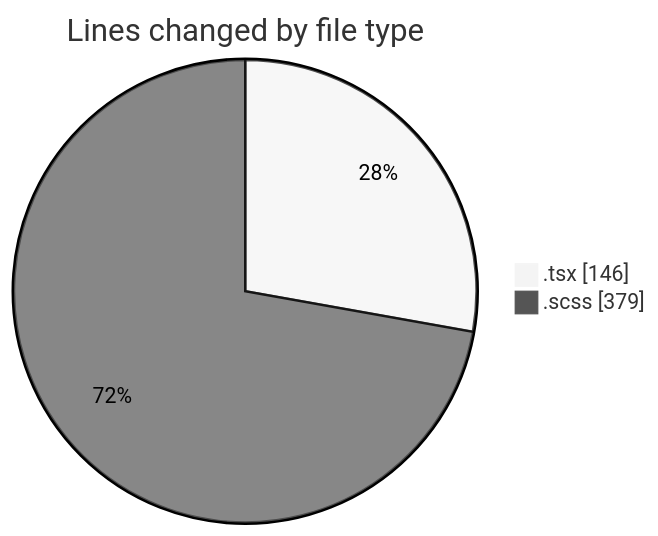
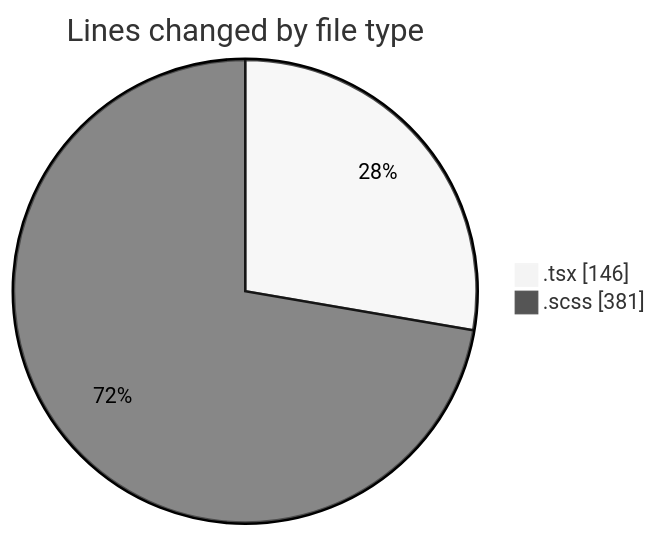
One commit to momahboobian/code-tracking changed the first of 2 diagrams in 2025-09-19/cda/README.md. Above: the diagram before and after it, drawn with Mermaid (neutral theme). The commit also changed other lines of this file and 1 other file, not shown here.

````diff
--- a/2025-09-19/cda/README.md
+++ b/2025-09-19/cda/README.md
@@ -21,6 +21,6 @@
 ```mermaid
 pie showData
 title Lines changed by file type
 ".tsx" : 146
-".scss" : 379
+".scss" : 381
 ```
````
